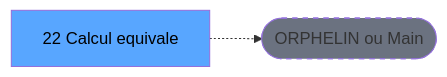
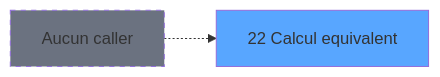
One commit to thonyAGP/lecteur-magic changed the second of 3 diagrams in .openspec/specs/ADH-IDE-22.md. Above: the diagram before and after it, drawn with Mermaid. The commit also changed other lines of this file and 96 other files, not shown here.

````diff
--- a/.openspec/specs/ADH-IDE-22.md
+++ b/.openspec/specs/ADH-IDE-22.md
@@ -118,8 +168,8 @@
 ```mermaid
 graph LR
-    T[22 Calcul equivale]
-    ORPHAN([ORPHELIN ou Main])
-    T -.-> ORPHAN
-    style T fill:#58a6ff,color:#000
-    style ORPHAN fill:#6b7280,stroke-dasharray: 5 5
+    T22[22 Calcul equivalent]
+    style T22 fill:#58a6ff
+    NONE[Aucun caller]
+    NONE -.-> T22
+    style NONE fill:#6b7280,stroke-dasharray: 5 5
 ```
````
